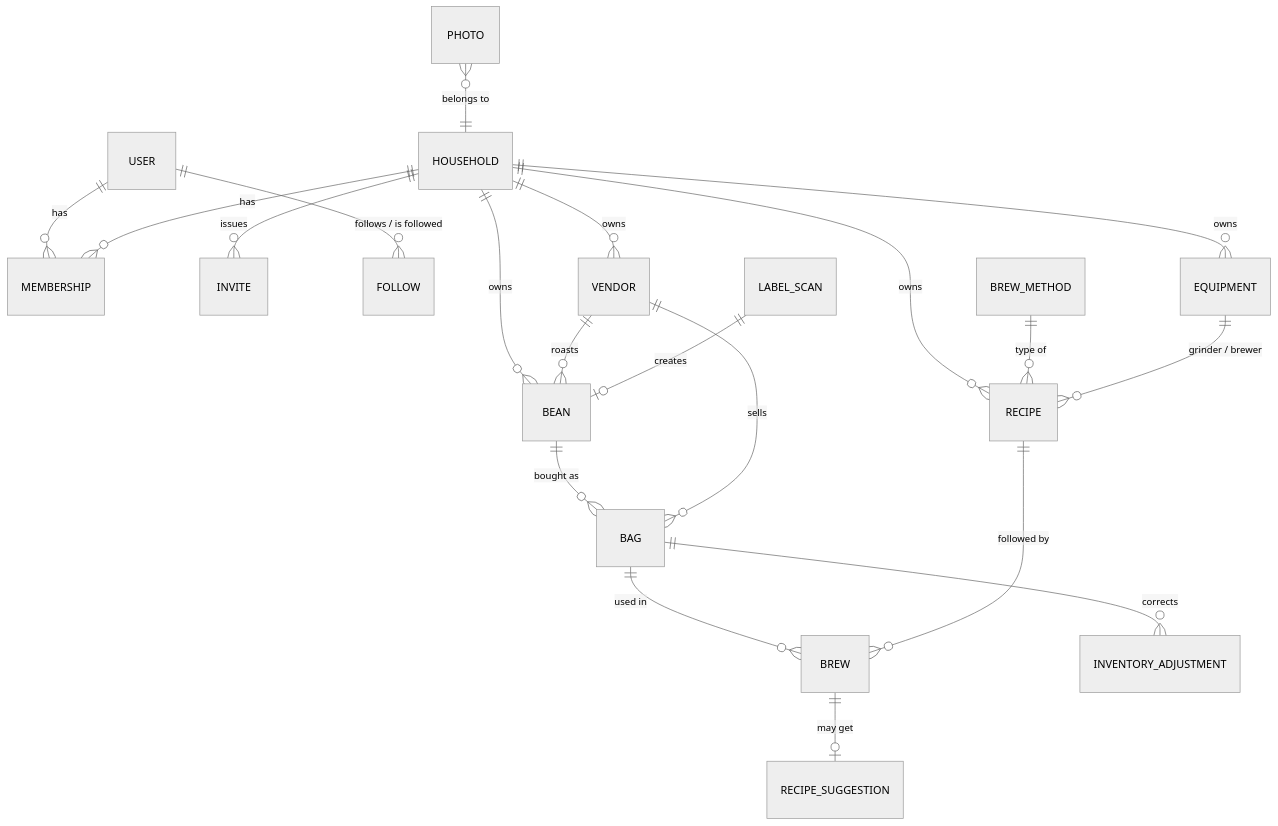
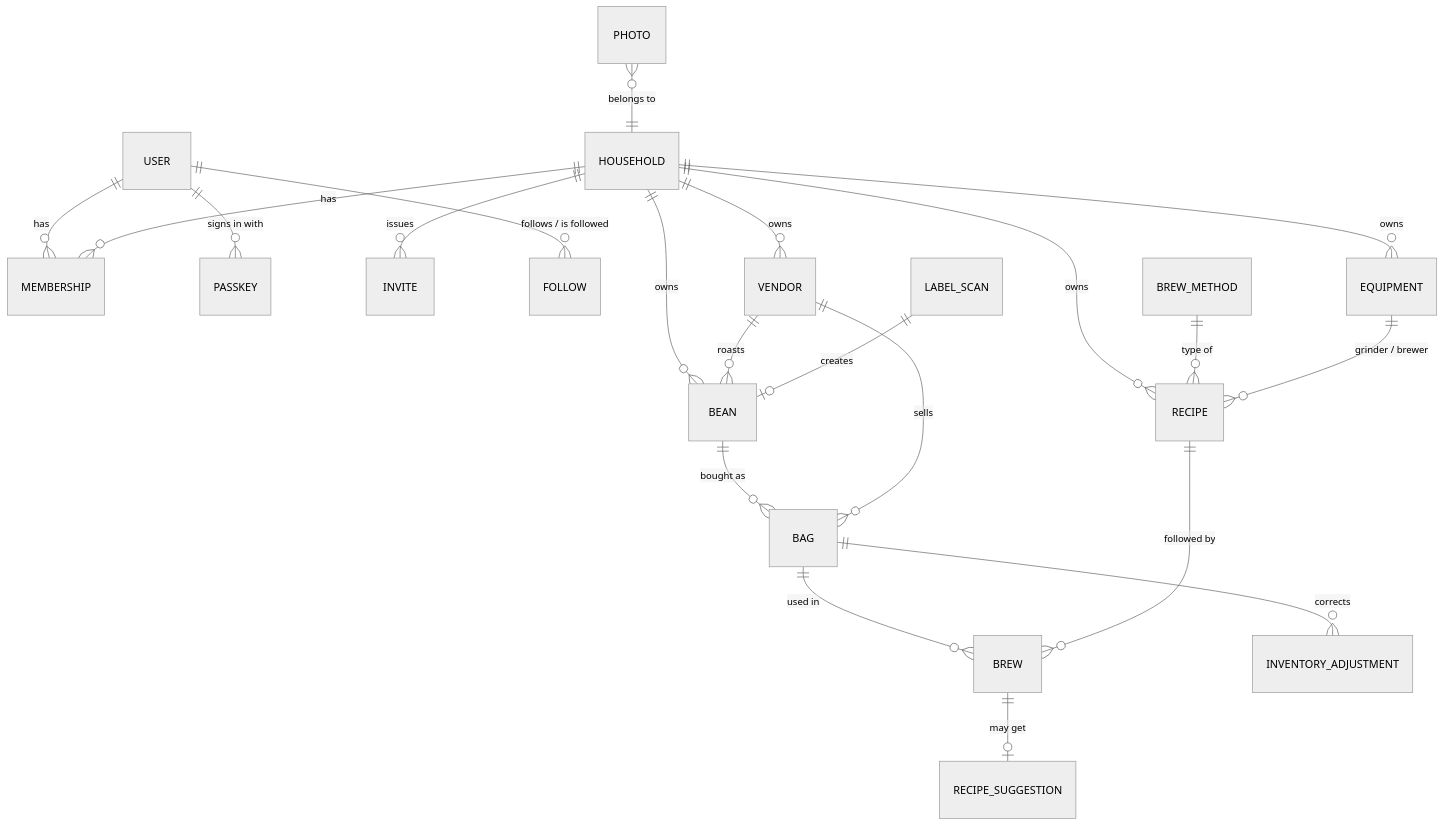
Before and after one commit to thopdev/Dialed: the first of 4 diagrams in docs/architecture.md, drawn with Mermaid (neutral theme). The commit also changed other lines of this file and 14 other files, not shown here.

````diff
--- a/docs/architecture.md
+++ b/docs/architecture.md
@@ -40,23 +48,24 @@
 ```mermaid
 erDiagram
   USER ||--o{ MEMBERSHIP : has
+  USER ||--o{ PASSKEY : "signs in with"
   HOUSEHOLD ||--o{ MEMBERSHIP : has
   HOUSEHOLD ||--o{ INVITE : issues
   USER ||--o{ FOLLOW : "follows / is followed"
 
   HOUSEHOLD ||--o{ VENDOR : owns
   HOUSEHOLD ||--o{ BEAN : owns
   HOUSEHOLD ||--o{ EQUIPMENT : owns
   HOUSEHOLD ||--o{ RECIPE : owns
   VENDOR ||--o{ BEAN : roasts
   BEAN ||--o{ BAG : "bought as"
   VENDOR ||--o{ BAG : sells
   BAG ||--o{ BREW : "used in"
   BAG ||--o{ INVENTORY_ADJUSTMENT : corrects
   RECIPE ||--o{ BREW : "followed by"
   BREW_METHOD ||--o{ RECIPE : "type of"
   EQUIPMENT ||--o{ RECIPE : "grinder / brewer"
   BREW ||--o| RECIPE_SUGGESTION : "may get"
   LABEL_SCAN ||--o| BEAN : "creates"
   PHOTO }o--|| HOUSEHOLD : "belongs to"
 ```
````
